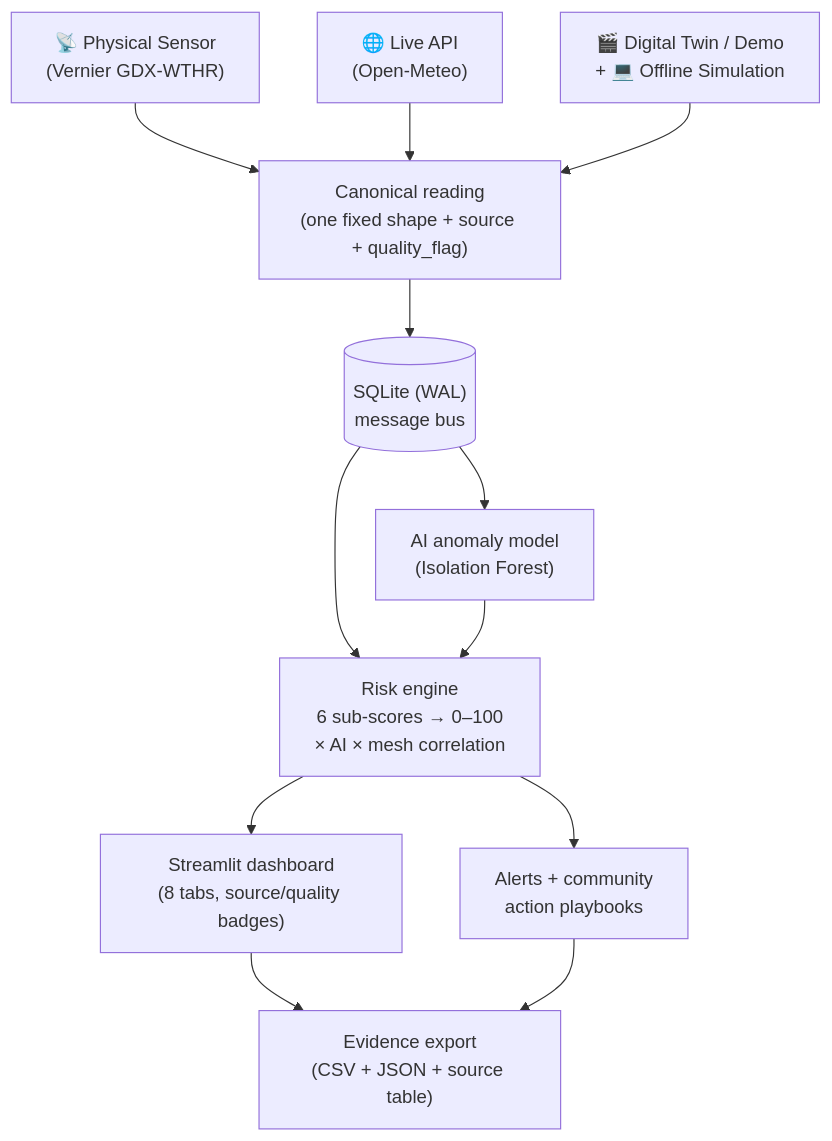
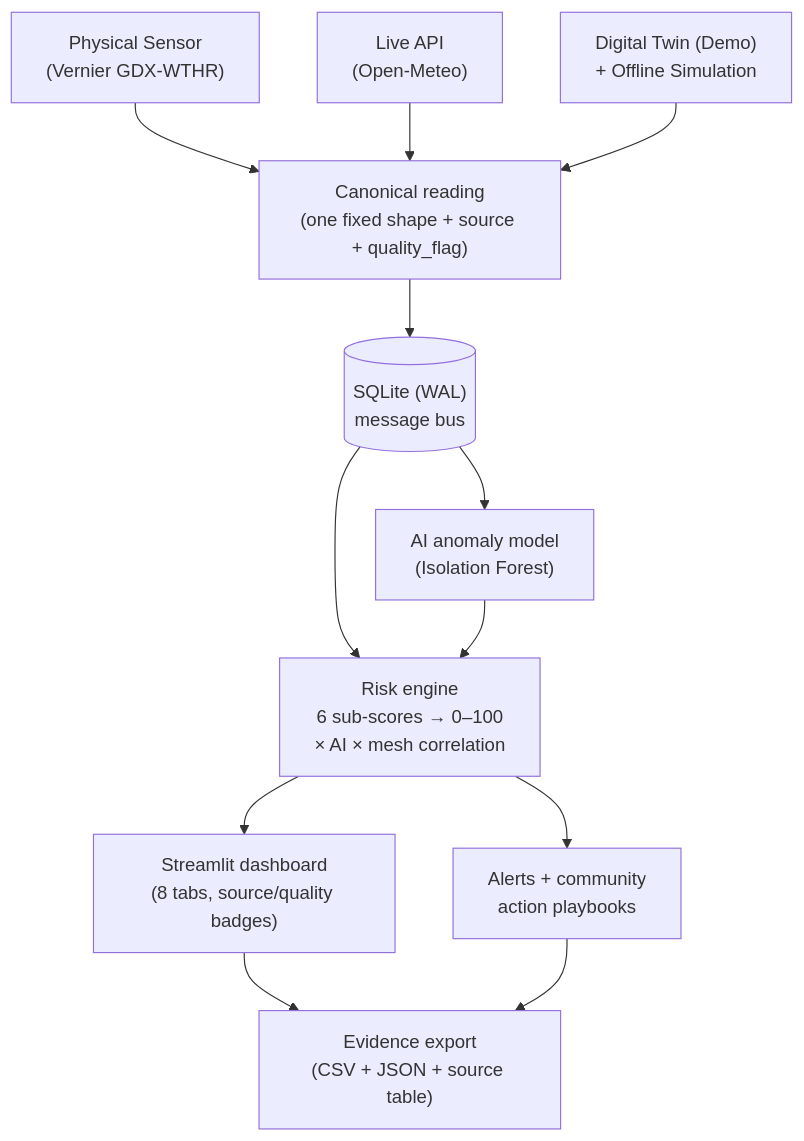
The diagram in README.md (Leo-Y-Zhang/ClimateMesh), drawn with Mermaid before and after one commit. The commit also changed other lines of this file and 24 other files, not shown here.

````diff
--- a/README.md
+++ b/README.md
@@ -517,19 +517,19 @@
 ```mermaid
 flowchart TD
-    HW["📡 Physical Sensor<br/>(Vernier GDX-WTHR)"]
-    API["🌐 Live API<br/>(Open-Meteo)"]
-    DT["🎬 Digital Twin / Demo<br/>+ 💻 Offline Simulation"]
+    HW["Physical Sensor<br/>(Vernier GDX-WTHR)"]
+    API["Live API<br/>(Open-Meteo)"]
+    DT["Digital Twin (Demo)<br/>+ Offline Simulation"]
 
     HW --> CR["Canonical reading<br/>(one fixed shape + source + quality_flag)"]
     API --> CR
     DT --> CR
 
     CR --> DB[("SQLite (WAL)<br/>message bus")]
     DB --> AI["AI anomaly model<br/>(Isolation Forest)"]
     DB --> RE["Risk engine<br/>6 sub-scores → 0–100<br/>× AI × mesh correlation"]
     AI --> RE
     RE --> DASH["Streamlit dashboard<br/>(8 tabs, source/quality badges)"]
     RE --> ALERT["Alerts + community<br/>action playbooks"]
     DASH --> EV["Evidence export<br/>(CSV + JSON + source table)"]
     ALERT --> EV
 ```
````
